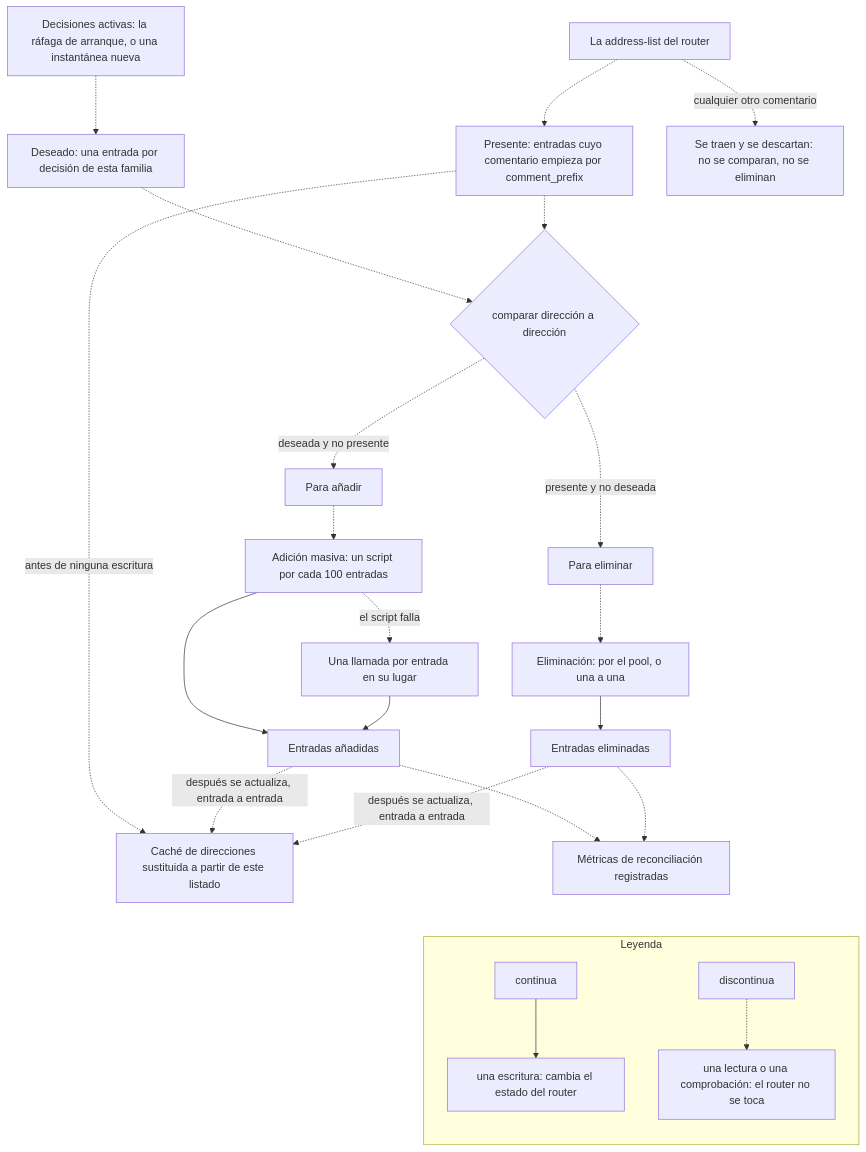
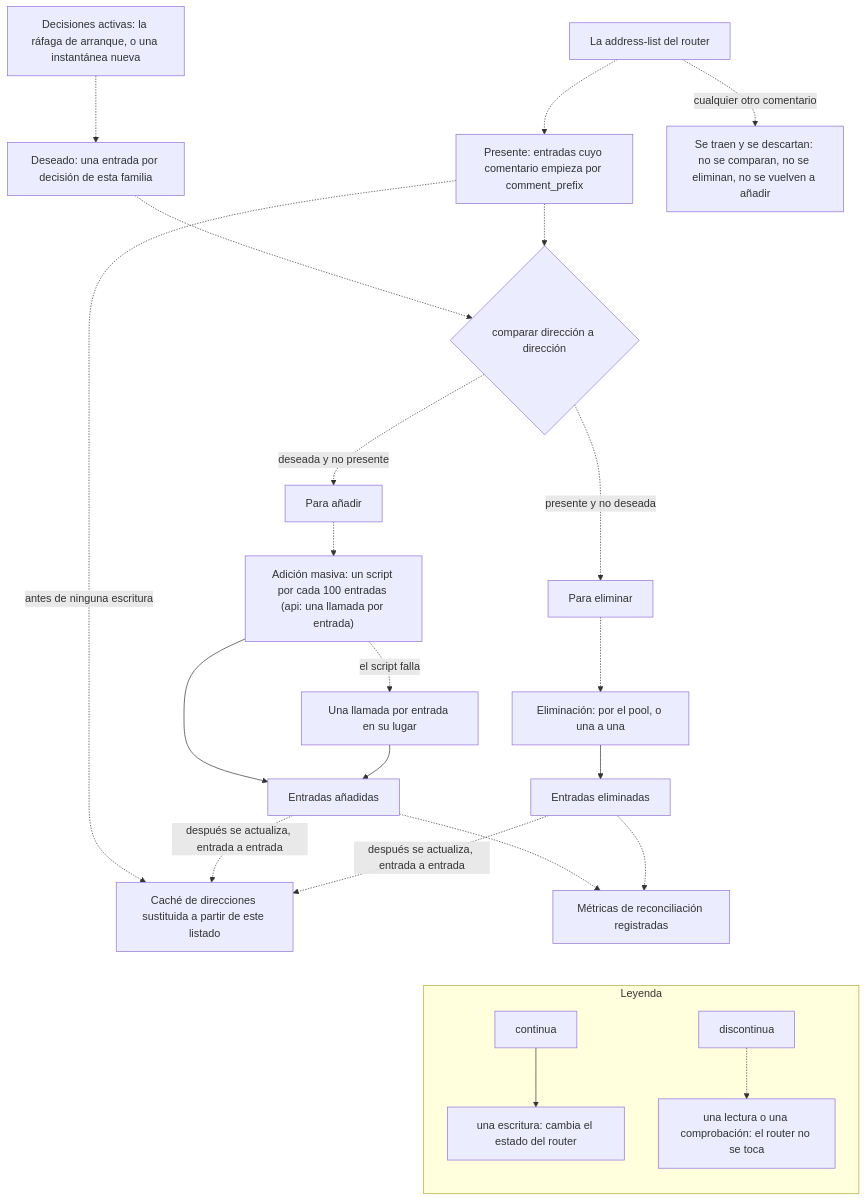
Before and after one commit to jmrplens/cs-routeros-bouncer: the diagram in docs/src/content/docs/es/architecture/reconciliation.mdx, drawn with Mermaid. The commit also changed other lines of this file and 26 other files, not shown here.

````diff
--- a/docs/src/content/docs/es/architecture/reconciliation.mdx
+++ b/docs/src/content/docs/es/architecture/reconciliation.mdx
@@ -49,30 +49,30 @@
 ```mermaid
 flowchart TB
     accTitle: La comparación de reconciliación: entra la instantánea, entra el estado del router, salen adiciones y eliminaciones
-    accDescr: Una instantánea de decisiones activas se convierte en el conjunto deseado, una entrada por decisión de esta familia de protocolo, indexada por dirección normalizada. La address-list del router se convierte en el conjunto presente, pero solo con las entradas cuyo comentario empieza por el prefijo configurado; las entradas con cualquier otro comentario se traen del router y se descartan en el cliente, así que no se comparan ni se eliminan, pero sí cuestan transferencia en cada pasada. Comparar ambos conjuntos dirección a dirección da las entradas que hay que añadir y las que hay que eliminar. La caché de direcciones en memoria se sustituye a partir de ese mismo listado antes de que salga ninguna escritura. Las adiciones pasan después por un script de RouterOS de hasta cien entradas, y si un script falla se recurre a una llamada a la API por entrada; las eliminaciones pasan por el pool de conexiones cuando se pudo abrir, y una a una por la conexión principal cuando no. Cada adición y cada eliminación vuelve a actualizar la caché con lo que ha escrito, y las métricas de reconciliación se registran cuando ya han corrido las dos.
+    accDescr: Una instantánea de decisiones activas se convierte en el conjunto deseado, una entrada por decisión de esta familia de protocolo, indexada por dirección normalizada. La address-list del router se convierte en el conjunto presente, pero solo con las entradas cuyo comentario empieza por el prefijo configurado; las entradas con cualquier otro comentario se traen del router y se descartan en el cliente, así que no se comparan, no se eliminan y sus direcciones no se vuelven a añadir, pero sí cuestan transferencia en cada pasada. Comparar ambos conjuntos dirección a dirección da las entradas que hay que añadir y las que hay que eliminar. La caché de direcciones en memoria se sustituye a partir de ese mismo listado antes de que salga ninguna escritura. Las adiciones pasan después por un script de RouterOS de hasta cien entradas, y si un script falla se recurre a una llamada a la API por entrada, o, con bulk_add_method api, con una llamada a la API por entrada repartida en el pool; las eliminaciones pasan por el pool de conexiones cuando se pudo abrir, y una a una por la conexión principal cuando no. Cada adición vuelve a actualizar la caché con las entradas que no se notificaron como fallidas y cada eliminación con lo que ha escrito, y las métricas de reconciliación se registran cuando ya han corrido las dos.
     SNAP["Decisiones activas: la ráfaga de arranque, o una instantánea nueva"] -.-> WANT["Deseado: una entrada por decisión de esta familia"]
     LIST["La address-list del router"] -.-> HAVE["Presente: entradas cuyo comentario empieza por comment_prefix"]
-    LIST -. "cualquier otro comentario" .-> FOREIGN["Se traen y se descartan: no se comparan, no se eliminan"]
+    LIST -. "cualquier otro comentario" .-> FOREIGN["Se traen y se descartan: no se comparan, no se eliminan, no se vuelven a añadir"]
     HAVE -. "antes de ninguna escritura" .-> CACHE["Caché de direcciones sustituida a partir de este listado"]
     WANT -.-> DIFF{"comparar dirección a dirección"}
     HAVE -.-> DIFF
     DIFF -. "deseada y no presente" .-> TOADD["Para añadir"]
     DIFF -. "presente y no deseada" .-> TOREM["Para eliminar"]
-    TOADD -.-> BULK["Adición masiva: un script por cada 100 entradas"]
+    TOADD -.-> BULK["Adición masiva: un script por cada 100 entradas (api: una llamada por entrada)"]
     BULK -. "el script falla" .-> ONEBY["Una llamada por entrada en su lugar"]
     TOREM -.-> DELE["Eliminación: por el pool, o una a una"]
     BULK --> ADDED["Entradas añadidas"]
     ONEBY --> ADDED
     DELE --> REMOVED["Entradas eliminadas"]
     ADDED -. "después se actualiza, entrada a entrada" .-> CACHE
     REMOVED -. "después se actualiza, entrada a entrada" .-> CACHE
     ADDED -.-> MET["Métricas de reconciliación registradas"]
     REMOVED -.-> MET
 
     MET ~~~ LEG
     subgraph LEG["Leyenda"]
         direction TB
         LA["continua"] --> LB["una escritura: cambia el estado del router"]
         LC["discontinua"] -.-> LD["una lectura o una comprobación: el router no se toca"]
     end
 ```
````
